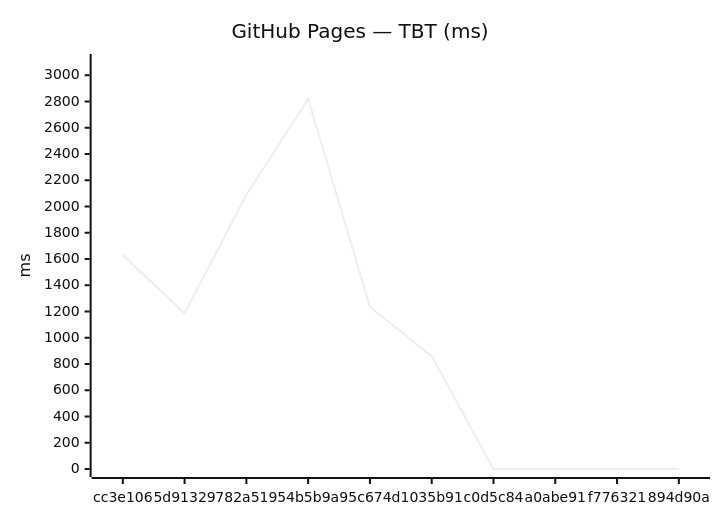
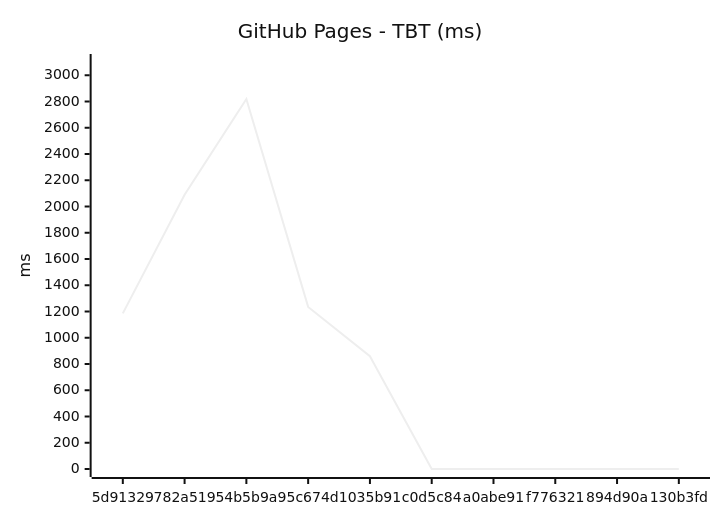
Before and after one commit to Metaheurist/Rianell: the fourth of 18 diagrams in benchmarks/compare.md, drawn with Mermaid (neutral theme). The commit also changed other lines of this file and 294 other files, not shown here.

````diff
--- a/benchmarks/compare.md
+++ b/benchmarks/compare.md
@@ -61,7 +61,7 @@
 ```mermaid
 xychart-beta
-    title "GitHub Pages — TBT (ms)"
-    x-axis ["cc3e106", "5d91329", "782a519", "54b5b9a", "95c674d", "1035b91", "c0d5c84", "a0abe91", "f776321", "894d90a"]
+    title "GitHub Pages - TBT (ms)"
+    x-axis ["5d91329", "782a519", "54b5b9a", "95c674d", "1035b91", "c0d5c84", "a0abe91", "f776321", "894d90a", "130b3fd"]
     y-axis "ms" 0 --> 3101
-    line [1630, 1186, 2090, 2819, 1235, 859, 0, 0, 0, 0]
+    line [1186, 2090, 2819, 1235, 859, 0, 0, 0, 0, 0]
 ```
````
